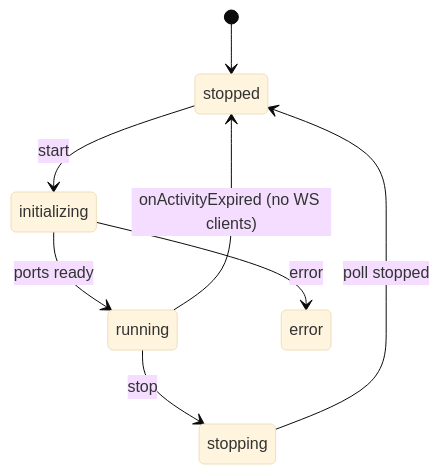
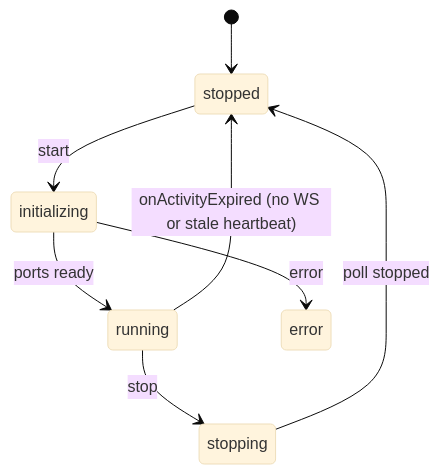
Before and after one commit to nikolanovoselec/codeflare: the seventh of 14 diagrams in TECHNICAL.md, drawn with Mermaid (base theme). The commit also changed other lines of this file and 11 other files, not shown here.

````diff
--- a/TECHNICAL.md
+++ b/TECHNICAL.md
@@ -381,10 +397,10 @@
 ```mermaid
 stateDiagram-v2
     [*] --> stopped
     stopped --> initializing : start
     initializing --> running : ports ready
     initializing --> error : error
     running --> stopping : stop
     stopping --> stopped : poll stopped
-    running --> stopped : onActivityExpired (no WS clients)
+    running --> stopped : onActivityExpired (no WS or stale heartbeat)
 ```
````
